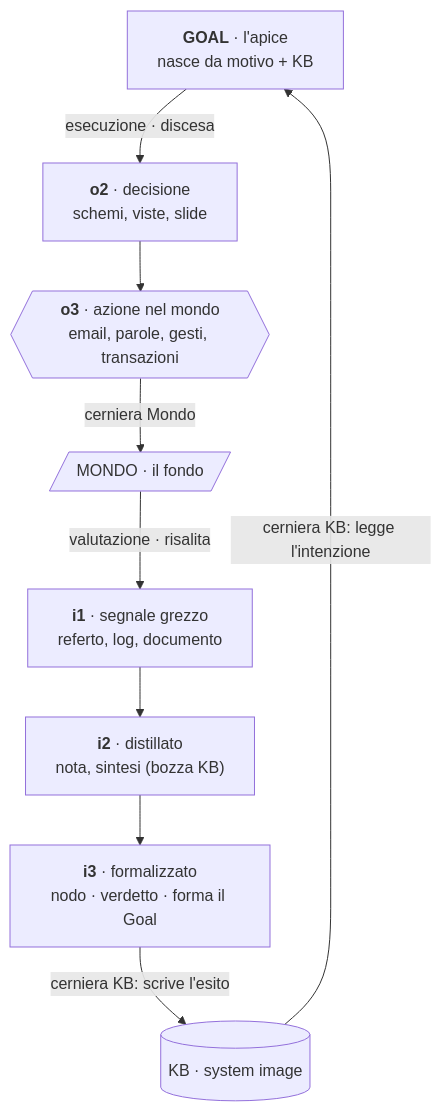
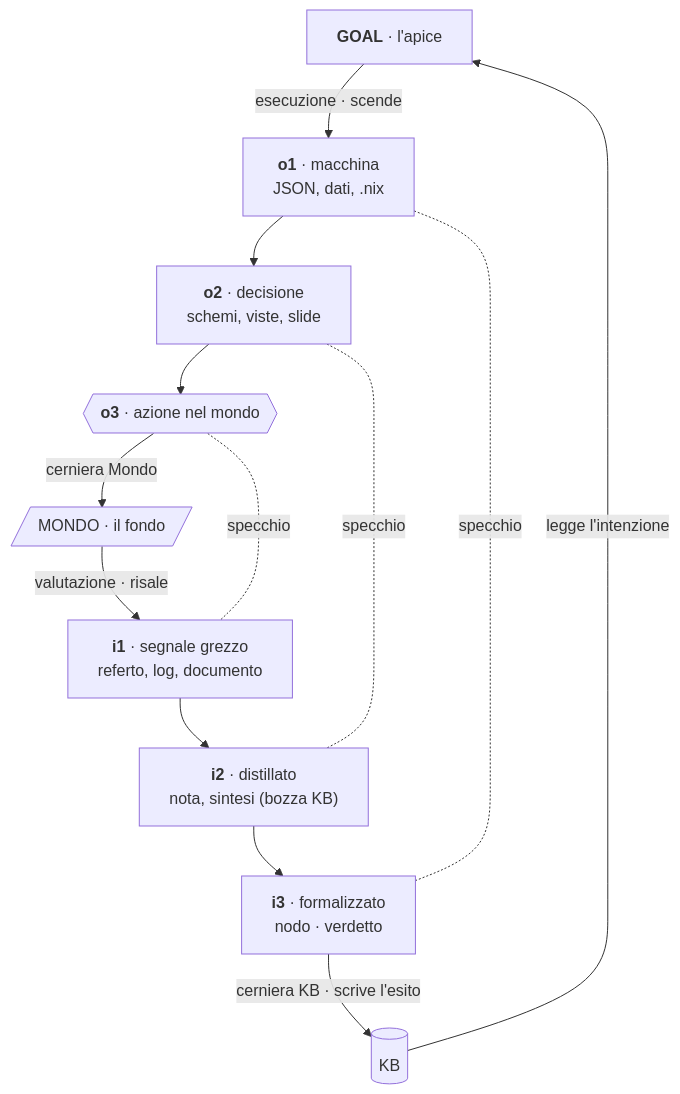
One commit to steledama/method changed the third of 8 diagrams in presentazione/metodo-in-sintesi.md. Above: the diagram before and after it, drawn with Mermaid. The commit also changed other lines of this file and 4 other files, not shown here.

````diff
--- a/presentazione/metodo-in-sintesi.md
+++ b/presentazione/metodo-in-sintesi.md
@@ -53,20 +59,26 @@
 ```mermaid
 flowchart TB
-    GOAL["<b>GOAL</b> · l'apice<br/>nasce da motivo + KB"]
-    KB[("KB · system image")]
+    GOAL["<b>GOAL</b> · l'apice"]
+    KB[("KB")]
+    o1["<b>o1</b> · macchina<br/>JSON, dati, .nix"]
     o2["<b>o2</b> · decisione<br/>schemi, viste, slide"]
-    o3{{"<b>o3</b> · azione nel mondo<br/>email, parole, gesti, transazioni"}}
-    MONDO[/"MONDO · il fondo"/]
+    o3{{"<b>o3</b> · azione nel mondo"}}
     i1["<b>i1</b> · segnale grezzo<br/>referto, log, documento"]
     i2["<b>i2</b> · distillato<br/>nota, sintesi (bozza KB)"]
-    i3["<b>i3</b> · formalizzato<br/>nodo · verdetto · forma il Goal"]
+    i3["<b>i3</b> · formalizzato<br/>nodo · verdetto"]
+    MONDO[/"MONDO · il fondo"/]
 
-    KB -->|cerniera KB: legge l'intenzione| GOAL
-    GOAL -->|esecuzione · discesa| o2
+    KB -->|legge l'intenzione| GOAL
+    GOAL -->|esecuzione · scende| o1
+    o1 --> o2
     o2 --> o3
     o3 -->|cerniera Mondo| MONDO
-    MONDO -->|valutazione · risalita| i1
+    MONDO -->|valutazione · risale| i1
     i1 --> i2
     i2 --> i3
-    i3 -->|cerniera KB: scrive l'esito| KB
+    i3 -->|cerniera KB · scrive l'esito| KB
+
+    o1 -. specchio .- i3
+    o2 -. specchio .- i2
+    o3 -. specchio .- i1
 ```
````
